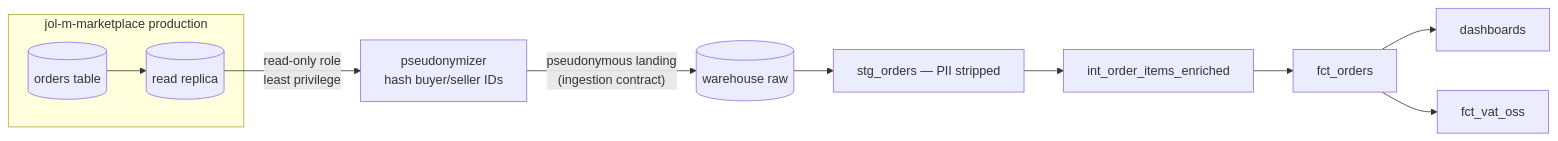
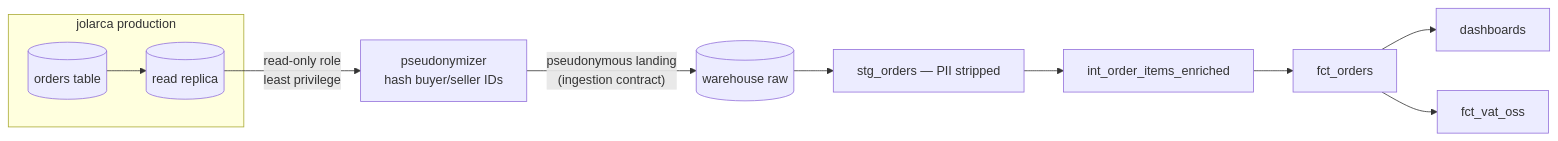
The first of 4 diagrams in governance/lineage.md (jolarca-dev/jolarca-data), drawn with Mermaid before and after one commit. The commit also changed other lines of this file and 45 other files, not shown here.

Commit message:
chore: rename jol-m-* references to jolarca* (JOL-RENAME-20260831-01)

````diff
--- a/governance/lineage.md
+++ b/governance/lineage.md
@@ -9,13 +9,13 @@
 ```mermaid
 flowchart LR
-  subgraph Production [jol-m-marketplace production]
+  subgraph Production [jolarca production]
     A[(orders table)] --> B[(read replica)]
   end
   B -->|"read-only role\nleast privilege"| C[pseudonymizer\nhash buyer/seller IDs]
   C -->|"pseudonymous landing\n(ingestion contract)"| D[(warehouse raw)]
   D --> E[stg_orders — PII stripped]
   E --> F[int_order_items_enriched]
   F --> G[fct_orders]
   G --> H1[dashboards]
   G --> H2[fct_vat_oss]
 ```
````
